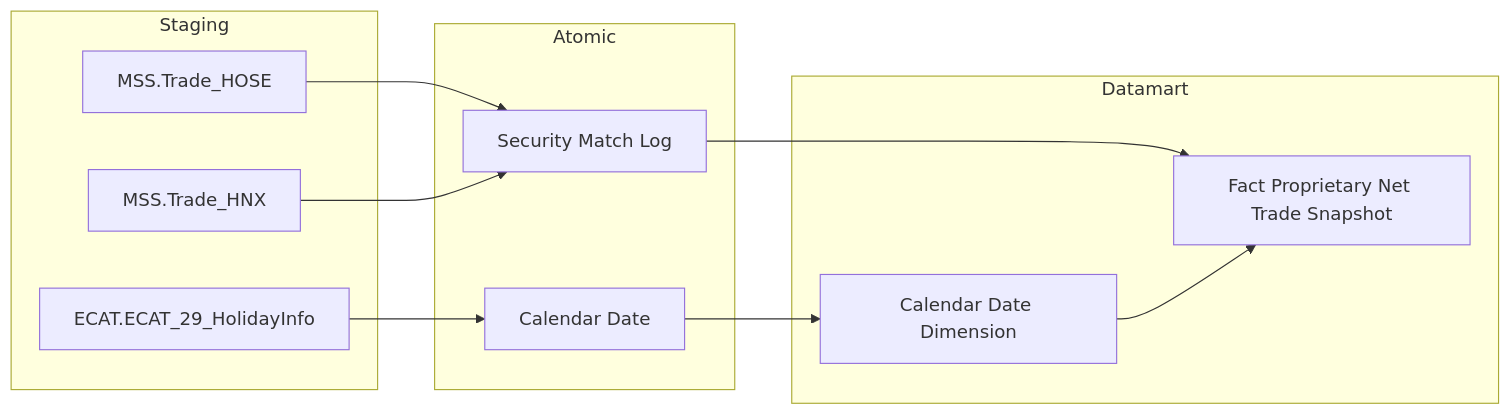
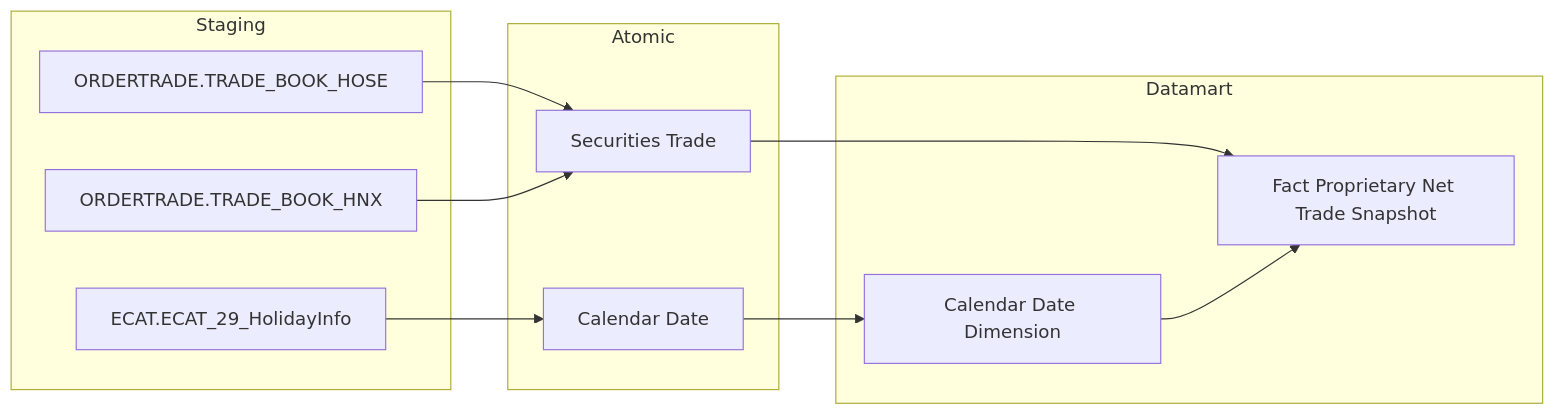
Before and after one commit to linhlvit/ubck_atomic_design: the sixth of 53 diagrams in Datamart/hld/DTM_PTTT_HLD.md, drawn with Mermaid. The commit also changed other lines of this file and 21 other files, not shown here.

````diff
--- a/Datamart/hld/DTM_PTTT_HLD.md
+++ b/Datamart/hld/DTM_PTTT_HLD.md
@@ -216,22 +216,22 @@
 ```mermaid
 flowchart LR
     subgraph SRC["Staging"]
-        MSS_Trade_HOSE7["MSS.Trade_HOSE"]
-        MSS_Trade_HNX7["MSS.Trade_HNX"]
+        ORDERTRADE_TRADE_BOOK_HOSE7["ORDERTRADE.TRADE_BOOK_HOSE"]
+        ORDERTRADE_TRADE_BOOK_HNX7["ORDERTRADE.TRADE_BOOK_HNX"]
         ECAT_ECAT_29_HolidayInfo7["ECAT.ECAT_29_HolidayInfo"]
     end
     subgraph SIL["Atomic"]
-        Security_Match_Log7["Security Match Log"]
+        Securities_Trade7["Securities Trade"]
         Calendar_Date7["Calendar Date"]
     end
     subgraph GOLD["Datamart"]
         fct_proprietary_net_trade_snpst["Fact Proprietary Net Trade Snapshot"]
         cdr_dt_dim7["Calendar Date Dimension"]
     end
-    MSS_Trade_HOSE7 --> Security_Match_Log7
-    MSS_Trade_HNX7 --> Security_Match_Log7
+    ORDERTRADE_TRADE_BOOK_HOSE7 --> Securities_Trade7
+    ORDERTRADE_TRADE_BOOK_HNX7 --> Securities_Trade7
     ECAT_ECAT_29_HolidayInfo7 --> Calendar_Date7
-    Security_Match_Log7 --> fct_proprietary_net_trade_snpst
+    Securities_Trade7 --> fct_proprietary_net_trade_snpst
     Calendar_Date7 --> cdr_dt_dim7
     cdr_dt_dim7 --> fct_proprietary_net_trade_snpst
 ```
````
